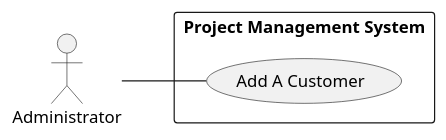
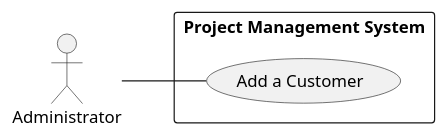
The diagram in docs/modelling_design/user_stories/us009/US009_AddACustomerUCD.puml (ivo-menezes/project_g3), drawn with PlantUML before and after one commit. The commit also changed 7 other files, not shown here.

```diff
--- a/docs/modelling_design/user_stories/us009/US009_AddACustomerUCD.puml
+++ b/docs/modelling_design/user_stories/us009/US009_AddACustomerUCD.puml
@@ -1,10 +1,10 @@
 @startuml
 left to right direction
 
 "Administrator"
 
 rectangle "Project Management System"{
-Administrator -- (Add A Customer)
+Administrator -- (Add a Customer)
 }
 
 @enduml
```
